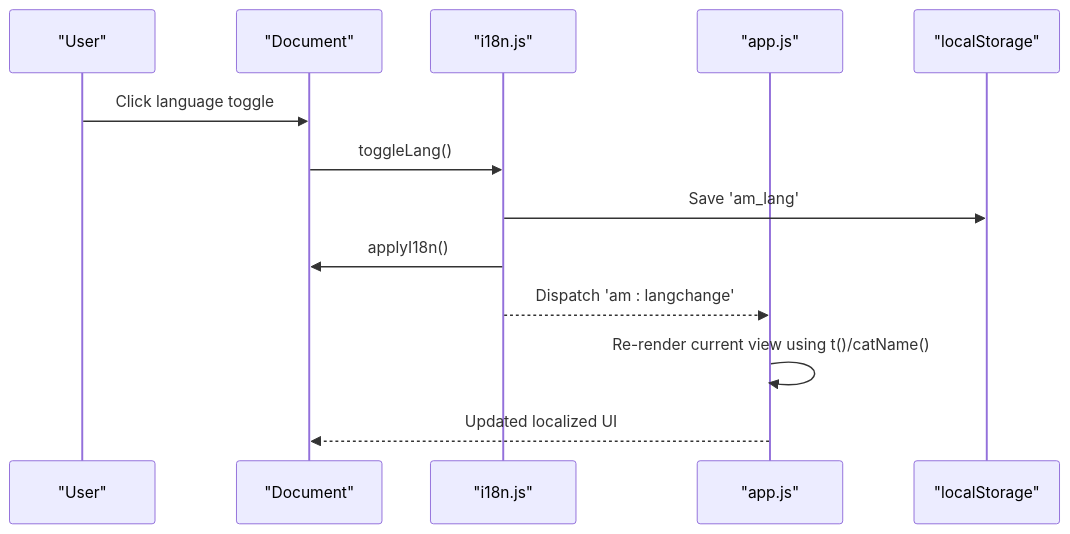
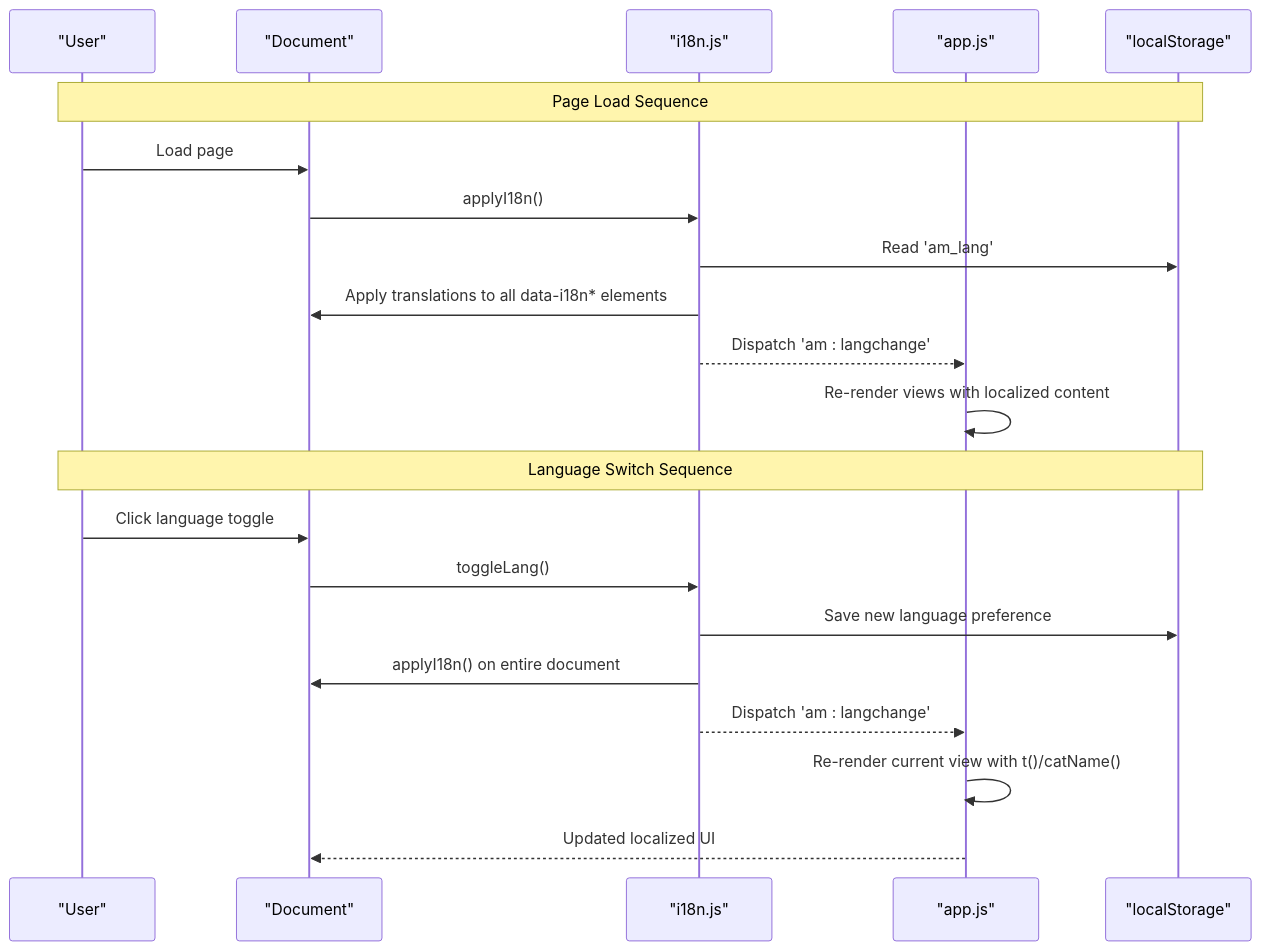
The second of 5 diagrams in .qoder/repowiki/en/content/Internationalization System.md (OryxAvelis/updated_market), drawn with Mermaid before and after one commit. The commit also changed other lines of this file and 4 other files, not shown here.

````diff
--- a/.qoder/repowiki/en/content/Internationalization System.md
+++ b/.qoder/repowiki/en/content/Internationalization System.md
@@ -90,15 +120,23 @@
 ```mermaid
 sequenceDiagram
 participant U as "User"
 participant DOM as "Document"
 participant I18N as "i18n.js"
 participant APP as "app.js"
 participant LS as "localStorage"
+Note over U,LS : Page Load Sequence
+U->>DOM : Load page
+DOM->>I18N : applyI18n()
+I18N->>LS : Read 'am_lang'
+I18N->>DOM : Apply translations to all data-i18n* elements
+I18N-->>APP : Dispatch 'am : langchange'
+APP->>APP : Re-render views with localized content
+Note over U,LS : Language Switch Sequence
 U->>DOM : Click language toggle
 DOM->>I18N : toggleLang()
-I18N->>LS : Save 'am_lang'
-I18N->>DOM : applyI18n()
+I18N->>LS : Save new language preference
+I18N->>DOM : applyI18n() on entire document
 I18N-->>APP : Dispatch 'am : langchange'
-APP->>APP : Re-render current view using t()/catName()
+APP->>APP : Re-render current view with t()/catName()
 APP-->>DOM : Updated localized UI
 ```
````
